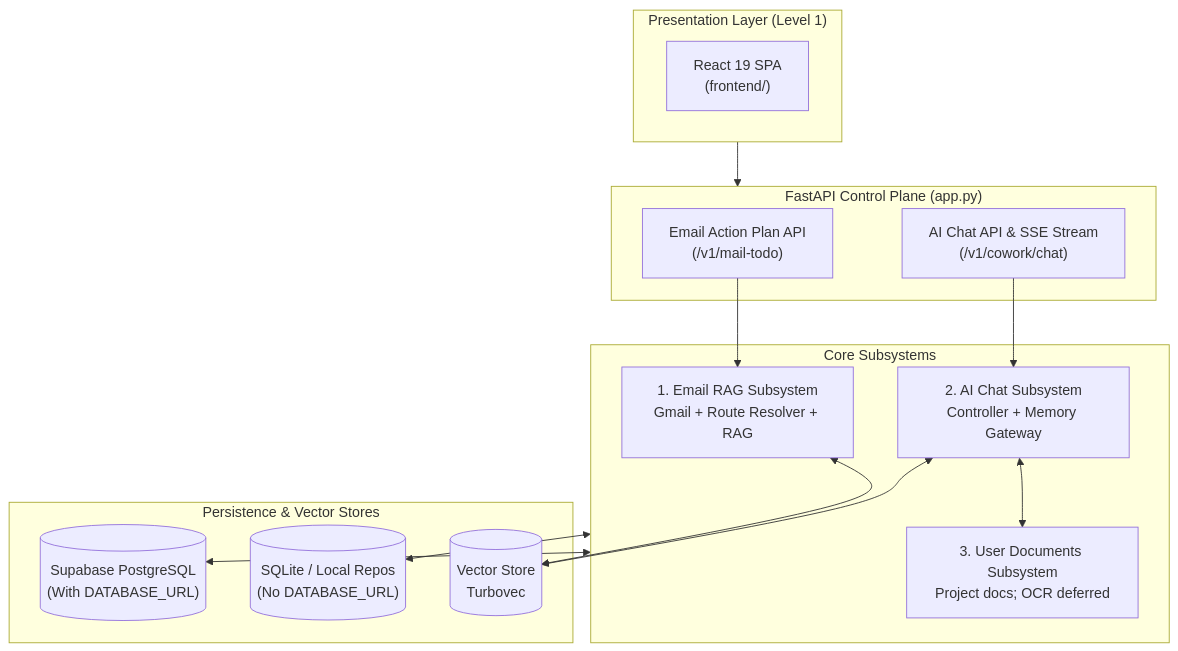
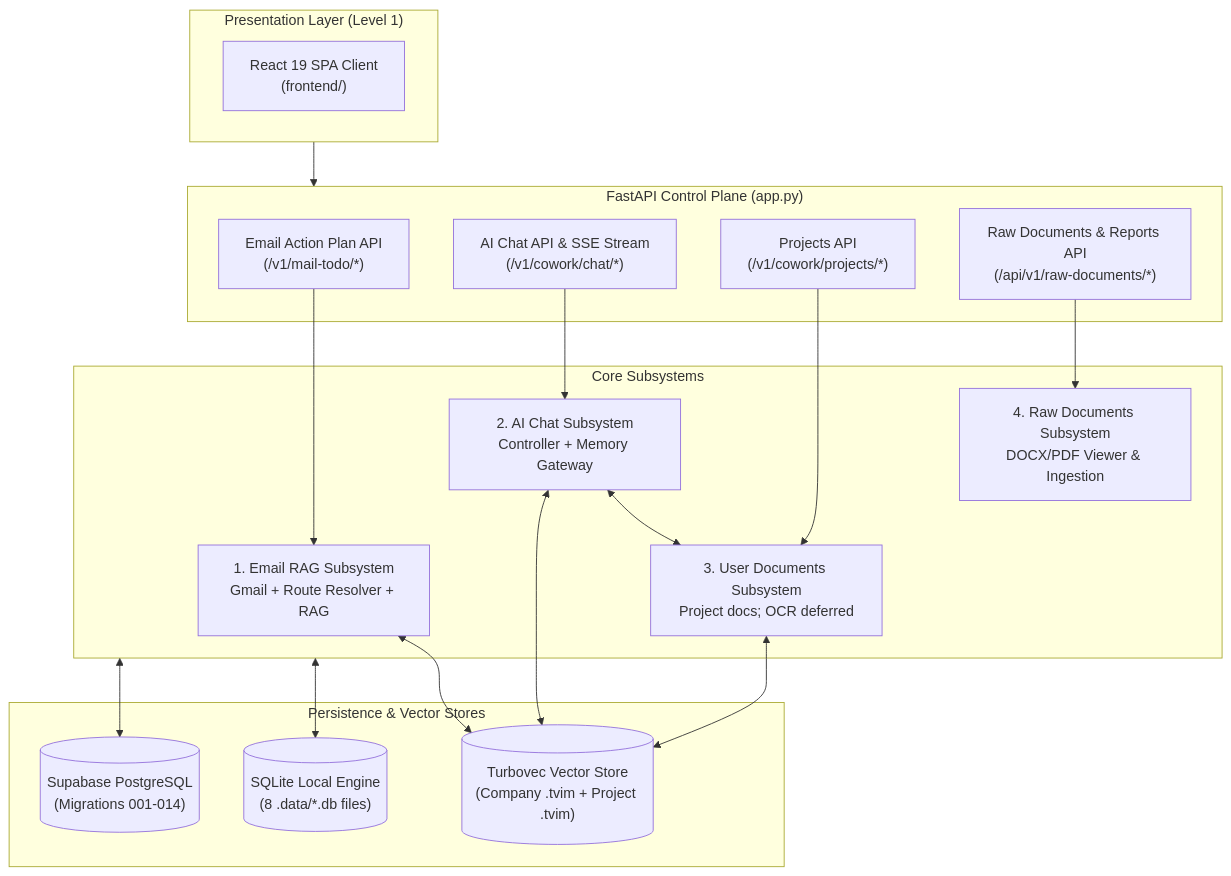
The diagram in docs/architectures/current-architectures/README.md (MathematicGuy/EMAIL-AGENT-v1), drawn with Mermaid before and after one commit. The commit also changed other lines of this file and 9 other files, not shown here.

````diff
--- a/docs/architectures/current-architectures/README.md
+++ b/docs/architectures/current-architectures/README.md
@@ -15,33 +15,39 @@
 ```mermaid
 flowchart TB
     subgraph CLIENTS["Presentation Layer (Level 1)"]
-        UI_REACT["React 19 SPA<br/>(frontend/)"]
+        UI_REACT["React 19 SPA Client<br/>(frontend/)"]
     end
 
     subgraph API["FastAPI Control Plane (app.py)"]
-        EMAIL_API["Email Action Plan API<br/>(/v1/mail-todo)"]
-        CHAT_API["AI Chat API & SSE Stream<br/>(/v1/cowork/chat)"]
+        EMAIL_API["Email Action Plan API<br/>(/v1/mail-todo/*)"]
+        CHAT_API["AI Chat API & SSE Stream<br/>(/v1/cowork/chat/*)"]
+        PROJECT_API["Projects API<br/>(/v1/cowork/projects/*)"]
+        RAW_API["Raw Documents & Reports API<br/>(/api/v1/raw-documents/*)"]
     end
 
     subgraph SUBSYSTEMS["Core Subsystems"]
         SUB_EMAIL["1. Email RAG Subsystem<br/>Gmail + Route Resolver + RAG"]
         SUB_CHAT["2. AI Chat Subsystem<br/>Controller + Memory Gateway"]
         SUB_DOCS["3. User Documents Subsystem<br/>Project docs; OCR deferred"]
+        SUB_RAW["4. Raw Documents Subsystem<br/>DOCX/PDF Viewer & Ingestion"]
     end
 
     subgraph STORES["Persistence & Vector Stores"]
-        DB_LOCAL[("SQLite / Local Repos<br/>(No DATABASE_URL)")]
-        DB_PG[("Supabase PostgreSQL<br/>(With DATABASE_URL)")]
-        VECTOR[("Vector Store<br/>Turbovec")]
+        DB_LOCAL[("SQLite Local Engine<br/>(8 .data/*.db files)")]
+        DB_PG[("Supabase PostgreSQL<br/>(Migrations 001-014)")]
+        VECTOR[("Turbovec Vector Store<br/>(Company .tvim + Project .tvim)")]
     end
 
     CLIENTS --> API
     EMAIL_API --> SUB_EMAIL
     CHAT_API --> SUB_CHAT
+    PROJECT_API --> SUB_DOCS
+    RAW_API --> SUB_RAW
+    
     SUB_CHAT <--> SUB_DOCS
-    
     SUB_EMAIL <--> VECTOR
     SUB_CHAT <--> VECTOR
+    SUB_DOCS <--> VECTOR
     SUBSYSTEMS <--> DB_LOCAL
     SUBSYSTEMS <--> DB_PG
 ```
````
